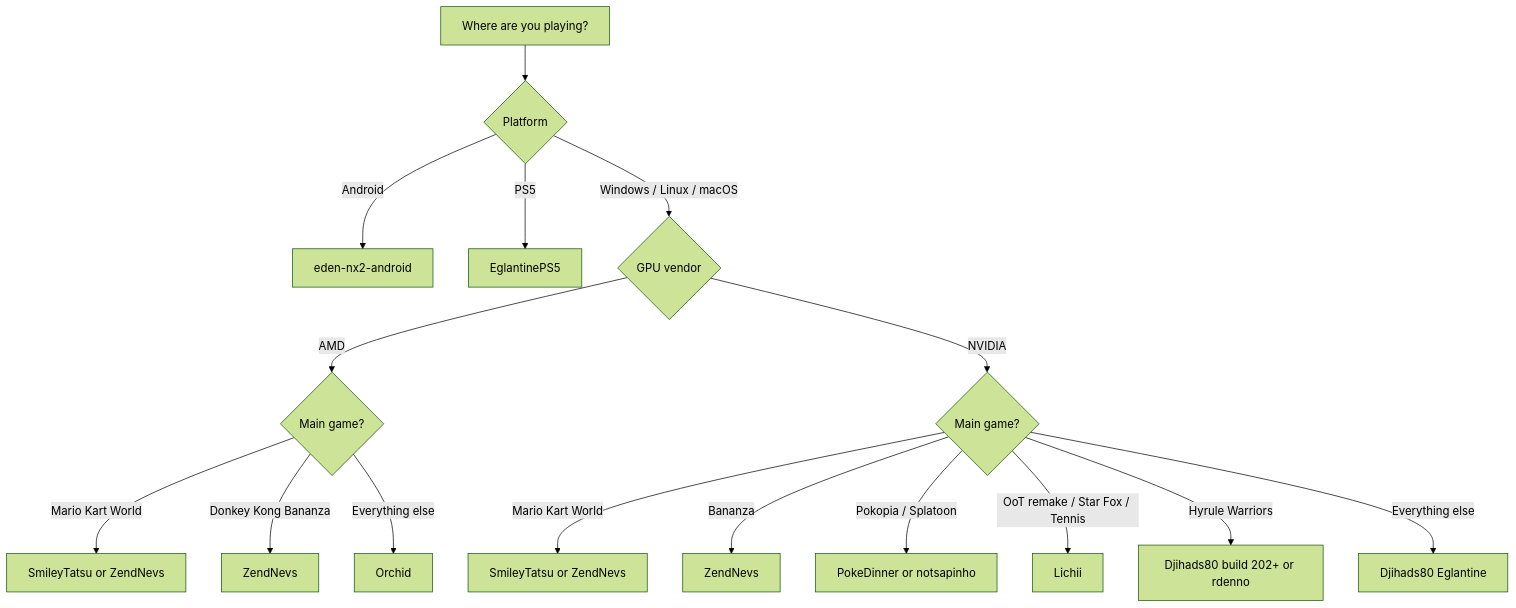
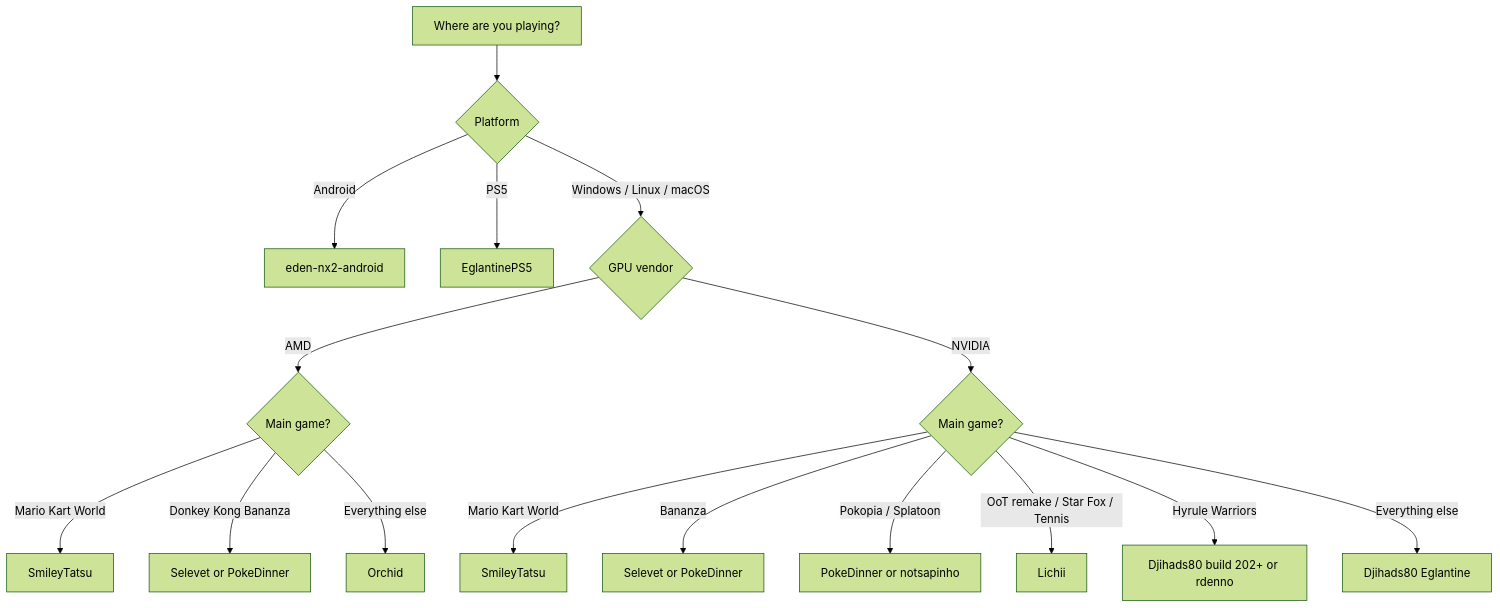
Before and after one commit to Kradnah/wichforks: the diagram in README.md, drawn with Mermaid (forest theme). The commit also changed other lines of this file and 9 other files, not shown here.

First line of the commit message:
Add recency policy and downgrade ZendNevs first-pick

````diff
--- a/README.md
+++ b/README.md
@@ -38,18 +38,18 @@
 ```mermaid
 flowchart TD
     A[Where are you playing?] --> B{Platform}
     B -->|Android| C[eden-nx2-android]
     B -->|PS5| D[EglantinePS5]
     B -->|Windows / Linux / macOS| E{GPU vendor}
     E -->|AMD| F{Main game?}
-    F -->|Mario Kart World| G[SmileyTatsu or ZendNevs]
-    F -->|Donkey Kong Bananza| G2[ZendNevs]
+    F -->|Mario Kart World| G[SmileyTatsu]
+    F -->|Donkey Kong Bananza| G2[Selevet or PokeDinner]
     F -->|Everything else| H[Orchid]
     E -->|NVIDIA| I{Main game?}
-    I -->|Mario Kart World| J[SmileyTatsu or ZendNevs]
-    I -->|Bananza| K[ZendNevs]
+    I -->|Mario Kart World| J[SmileyTatsu]
+    I -->|Bananza| K[Selevet or PokeDinner]
     I -->|Pokopia / Splatoon| K2[PokeDinner or notsapinho]
     I -->|OoT remake / Star Fox / Tennis| L[Lichii]
     I -->|Hyrule Warriors| M[Djihads80 build 202+ or rdenno]
     I -->|Everything else| N[Djihads80 Eglantine]
 ```
````
